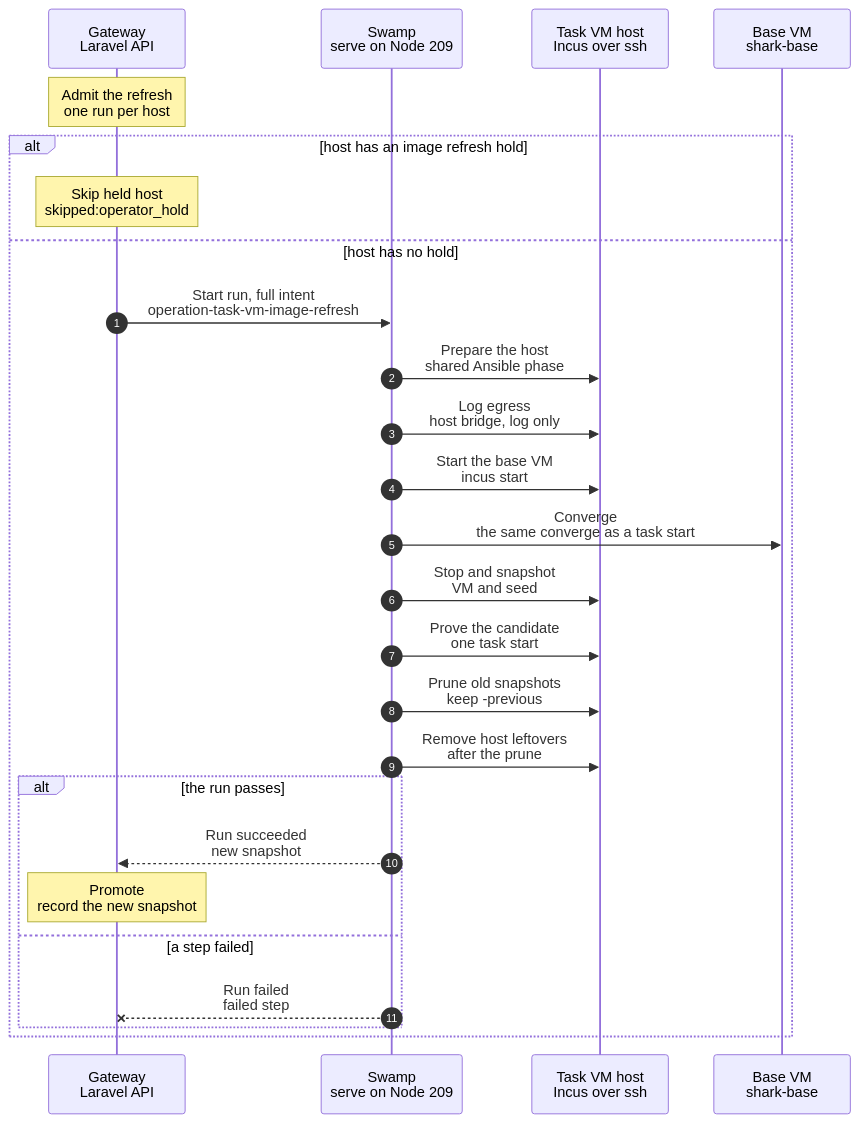
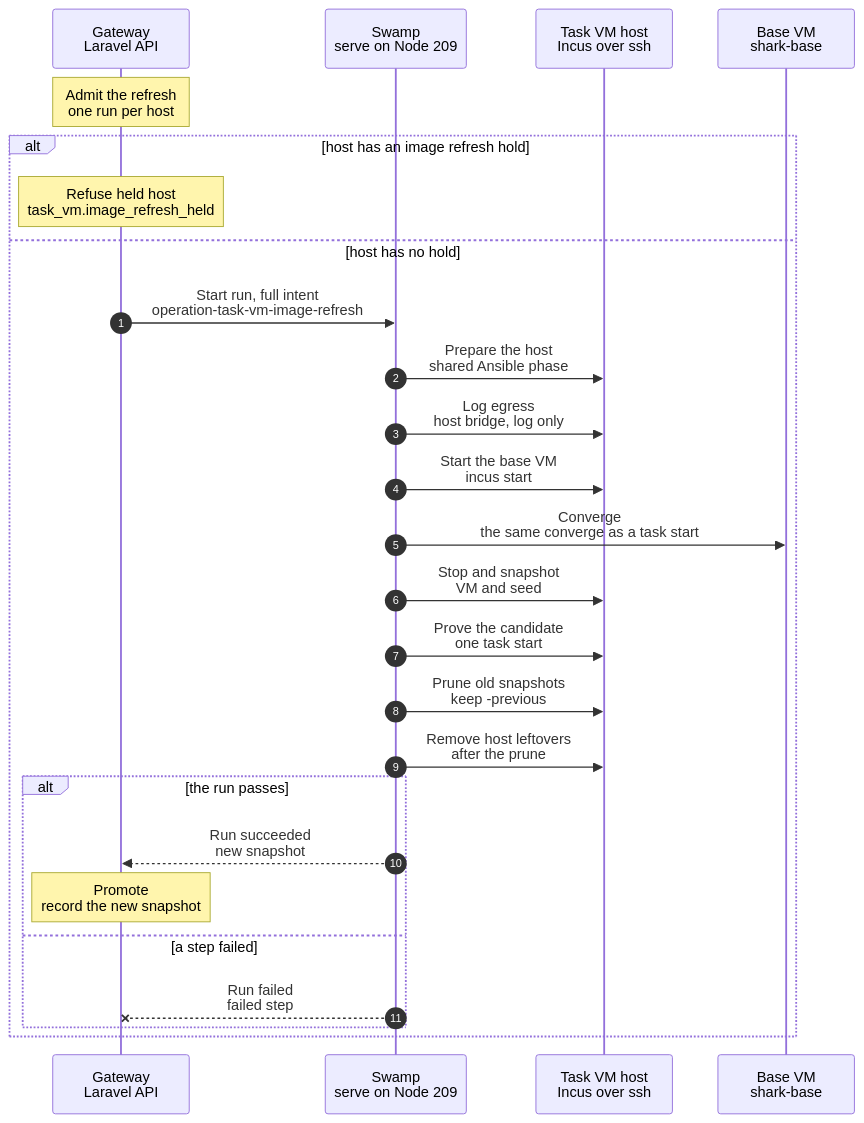
One commit to hardimpactdev/orbit changed the diagram in docs/cli/task/vm-image-refresh.mmd. Above: the diagram before and after it, drawn with Mermaid. The commit also changed 31 other files, not shown here.

First line of the commit message:
refactor(task-vms): remove the task VM image refresh triggers (#3803)

```diff
--- a/docs/cli/task/vm-image-refresh.mmd
+++ b/docs/cli/task/vm-image-refresh.mmd
@@ -1,93 +1,89 @@
 sequenceDiagram
-  %% Target design: each task VM host keeps one stopped base VM, `shark-base`, that never gets an identity. Its ZFS snapshot is the base a task start copies; there is no Incus image and no publish. In every Gateway release, and daily, the base VM converges and a new snapshot becomes the base, so a task start's converge stays near a no-op. Old path: the refresh of the nested-fleet default after a release (docs/cli/instance/container/fleet-refresh.mmd) replaces its release trigger and daily run; see docs/reference/old-paths.md.
+  %% Target design: each task VM host keeps one stopped base VM, `shark-base`, that never gets an identity. Its ZFS snapshot is the base a task start copies; there is no Incus image and no publish. When a refresh runs, the base VM converges and a new snapshot becomes the base, so a task start's converge stays near a no-op. Old path, off: the refresh of the nested-fleet default after a release (docs/cli/instance/container/fleet-refresh.mmd) replaced its release trigger and daily run, which are removed; nothing in the Gateway starts this kind, and it leaves with the task VM path (docs/reference/old-paths.md).
   %% status: draft
-  %% command: none · in every Gateway release, and daily
+  %% command: none · no trigger; nothing starts it
   %% kind: task_vm.image_refresh
   autonumber
   %% lane GW icon=gateway pill=intent tone=blue
   %% lane SW icon=workflow pill=executes tone=green
   %% lane H icon=server pill=target tone=amber
   %% lane VM icon=server pill=base VM tone=purple
   participant GW as Gateway<br/>Laravel API
   participant SW as Swamp<br/>serve on Node 209
   participant H as Task VM host<br/>Incus over ssh
   participant VM as Base VM<br/>shark-base
   Note over GW: Admit the refresh<br/>one run per host
   %%> Started by:
-  %%> - every verified Gateway release, from its step "Admit VM refreshes", after successful verification and successful or skipped Horizon start: `task-vms:refresh-images --commit <sha>` runs from the verified release; admission is best effort and does not wait for refresh completion. The intent holds the new commit's recipe, pins and checkout; the run uses the new commit's workflows and playbooks; a code-only release refreshes too
-  %%> - the daily schedule at 03:20, and an operator
-  %%> - a release asks a host again, up to 6 rounds 5 s apart, when Swamp could not take the run yet because it had just reloaded
+  %%> - nothing: the release step "Admit VM refreshes", the daily 03:20 schedule and the artisan commands `task-vms:refresh-images` and `task-vms:refresh-image` are removed
   %%> Result:
-  %%> - the candidate proof may take the shared CI reserve (place 1), then any free task place; task work cannot starve it, and a busy proof may still refuse it until the next trigger
+  %%> - the candidate proof may take the shared CI reserve (place 1), then any free task place; task work cannot starve it, and a busy proof may still refuse it
   %%> - a CI-only host permits its own refresh proof, pinned to that host; Sabre refresh proves on Sabre and never spills onto another host
-  %%> - one run per host, all hosts in parallel; the run never holds the release, and a host that refuses is skipped until the next trigger
-  %%> - a host with a refresh open keeps it, and the newest commit waits behind it: one pending commit per host, the newest wins, and the run that ends admits it
+  %%> - one run per host; a host with a refresh open keeps it, and a second admission returns it; no commit waits behind it
   alt host has an image refresh hold
-    Note over GW: Skip held host<br/>skipped:operator_hold
+    Note over GW: Refuse held host<br/>task_vm.image_refresh_held
     %%> Result:
-    %%> - release command output and the daily admission log name the host; no Operation is created or queued
-    %%> - a direct operator refresh, including --from-stock, refuses with task_vm.image_refresh_held
+    %%> - an admission, including --from-stock, refuses with task_vm.image_refresh_held; no Operation is created or queued
     %%> - the host keeps serving its last promoted snapshot; an admitted refresh is unchanged
   else host has no hold
   GW->>SW: Start run, full intent<br/>operation-task-vm-image-refresh
   SW->>H: Prepare the host<br/>shared Ansible phase
   %%> What it does:
   %%> - validates existing pool, project and bridge before changes; preserves unrelated host resources
   %%> - creates a missing native dataset pool, or an Incus-managed loop-backed ZFS pool with the configured size
   %%> - caps ARC at 2 GiB only when the actual pool source is a regular file; native-ZFS hosts keep their setting
   %%> - converges the isolated NAT bridge, ACL, project, profile, stock Ubuntu image and forwarding rule; an unchanged rerun changes nothing
   %%> - permits DHCP requests (UDP 68 to 67) from the task bridge and DNS (TCP/UDP 53) to its host address through UFW before first boot, using the orbit:task-vms-* catalog ownership shown by firewall:list --managed; a forwarding rule alone cannot admit these host input packets
   SW->>H: Log egress<br/>host bridge, log only
   %%> What it does:
   %%> - sets up the egress log of the host bridge (Ansible part `egress-log`): an nftables rule logs each new outside connection of a task VM, rsyslog writes it to its own file, and dnsmasq logs the DNS queries; nothing is blocked
   %%> - the first run sets `raw.dnsmasq`, which runs the whole setup of the bridge again and restarts its dnsmasq: running VMs lose DNS for about a second, so it should run when no provision is running; Incus then runs that dnsmasq without its AppArmor profile, as the user `incus`
   %%> - it runs before the base is touched; only a safety check fails the run (rules that do not load, a bridge with IPv6, an ACL without its drop rule) and starts no rollback; other checks warn
   SW->>H: Start the base VM<br/>incus start
   %%> What it does:
   %%> - before starting, converges the base VM's `raw.qemu.conf`: `[boot-opts]` with `menu = "on"` and `splash-time = "0"` skips OVMF's 3 s menu wait; every snapshot and task copy inherit it
   %%> - starts the stopped base VM; about 10 s to its guest agent; its containers start with it
   %%> - a host without a recorded base snapshot discards any unpromoted base VM and seed left by a failed build, then uses `incus init` from the stock Ubuntu VM image and an empty seed volume; first boot makes the `orbit` account and installs the SSH server; the converge builds everything else
   %%> - after cloud-init ends with status 0 or 2, reads `orbit`'s authorized keys through Incus and checks their native SHA256 fingerprints against the admitted control public key before Converge; missing or empty keys fail with `task_vm.bootstrap_key_missing`, and no matching fingerprint fails with `task_vm.bootstrap_key_mismatch`
   %%> - this early authentication refusal detects incomplete provisioning; it does not prevent a reboot, rewrite keys or replay cloud-init
   %%> - the task VM project keeps `restricted.snapshots=allow`: the base is a snapshot, and only a host API client can take one
-  %%> - `task-vms:refresh-image <host> --from-stock` withdraws the recorded base at admission, so no task start copies it, and the run first deletes the base VM and its seed with their snapshots and builds the base from stock; after a failure the next refresh builds it as on a new host
+  %%> - an admission from stock withdraws the recorded base at admission, so no task start copies it, and the run first deletes the base VM and its seed with their snapshots and builds the base from stock; after a failure the next refresh builds it as on a new host
   SW->>VM: Converge<br/>the same converge as a task start
   %%> What it does:
   %%> - each part runs only when its digest changed: the outer VM, the warm checkout at the release commit, each container
   %%> - the tools phase prepares `orbit`'s Incus client config with one serial read before the fleet phase; task copies inherit it, so parallel Incus calls never race on first use
   %%> - every fleet reconcile renders the candidate checkout's scoped Swamp grants and reloads them with the existing serve-driver credential; token renewal is separate
   %%> - a grant-file change also retakes the nested base snapshots, even when Gateway code is unchanged; record the grants digest only after all three snapshots succeed, so a failed reload or snapshot remains due on retry
   %%> - the refresh owns the containers' `base` snapshots and retakes them when the fleet changed; the nested Gateway's services restart only when `apps/gateway` changed, and its agent delivery manifest is placed only when the pinned agent build changed
   %%> - a base VM without a nested fleet builds it here, once, in the fleet phase: three system containers from stock Ubuntu on the nested network, the nested Gateway prepared by one local `gateway-bootstrap` run, its own Node, `gateway` and `websocket` converges, app-dev and app-prod added through its own Orbit, the checkout as their disk device, a Doctor wait, then the operator join
   %%> - the build runs only when the fleet is not complete: a container is missing, or the operator stamp that the join writes last is not recorded; it removes that stamp and any container first and builds whole. A complete fleet skips it and restarts no container
   %%> - no other wait for the nested Gateway and no identity wipe: the base VM never gets an identity, and readiness belongs to a task start
   %%> - the boot phase bakes the Orbit root CA and the firewall into the base, and the `orbit-identity` unit that mounts a copy's identity share and applies it before sshd, WireGuard and the agent; a base VM has no share, so the unit skips
   %%> - the boot phase also matches the uplink by type and name (`00-orbit-task-vm.network`), never by the base VM's MAC, so every copy gets an address; it waits online for IPv4 only, masks the apt and motd timers, and starts Docker at boot, as its package does
   SW->>H: Stop and snapshot<br/>VM and seed
   %%> What it does:
   %%> - stops the base VM and snapshots it and its seed volume under the run's name; ZFS snapshots, about 1 s
   SW->>H: Prove the candidate<br/>one task start
   %%> What it does:
   %%> - steps 2 to 4 of a task start from the new snapshot in a free place, then its release
   SW->>H: Prune old snapshots<br/>keep -previous
   %%> What it does:
   %%> - keeps the new snapshot and the one before it; removes older ones of the VM and the seed
   SW->>H: Remove host leftovers<br/>after the prune
   %%> What it does:
   %%> - in the task VM project: every image but the stock source image, the volumes of retired image seeds (`orbit-topology-seed-*`) and the place-pool baseline (`orbit-baseline-*`)
   %%> - the retired projects the Gateway names (`orbit-baselines`, `orbit-measure-nr`), with what they hold, and the old images of `orbit-proto`
   %%> - only where the project keeps its own images and volumes; a project that cannot be emptied is reported after the others had their turn
   %%> - a failure here fails no refresh: the next refresh removes what is left, and the Operation's result says `host_clean: failed`
   alt the run passes
     SW-->>GW: Run succeeded<br/>new snapshot
     Note over GW: Promote<br/>record the new snapshot
     %%> Result:
     %%> - task starts copy the new snapshot; the one before it is `-previous`
     %%> - target: about 25 s for a no-op refresh before the proof (boot 10 s, converge 8 s, stop 5 s, snapshot 1 s); the first refresh of a new host builds the whole base, so it takes much longer: about 30 min of it is the fleet build
   else a step failed
     SW--xGW: Run failed<br/>failed step
     %%> On failure:
     %%> - the base VM is stopped and rolled back to the recorded snapshot, and a new snapshot is removed; task starts keep the recorded one
     %%> - the place of the proof is `failed` until the host sweep releases it; the sweep keeps only the place of an open refresh, so a queued refresh that waits for a CI place does not keep the failed places
   end
   end
```
